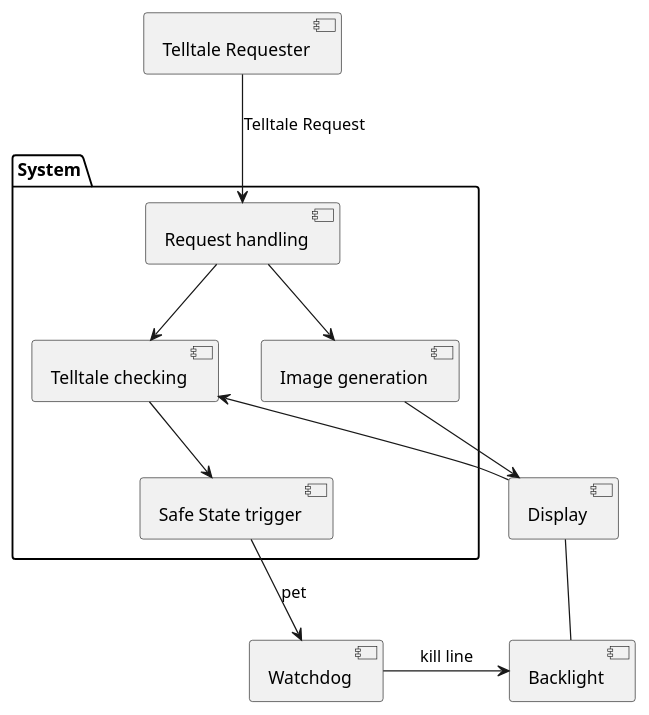
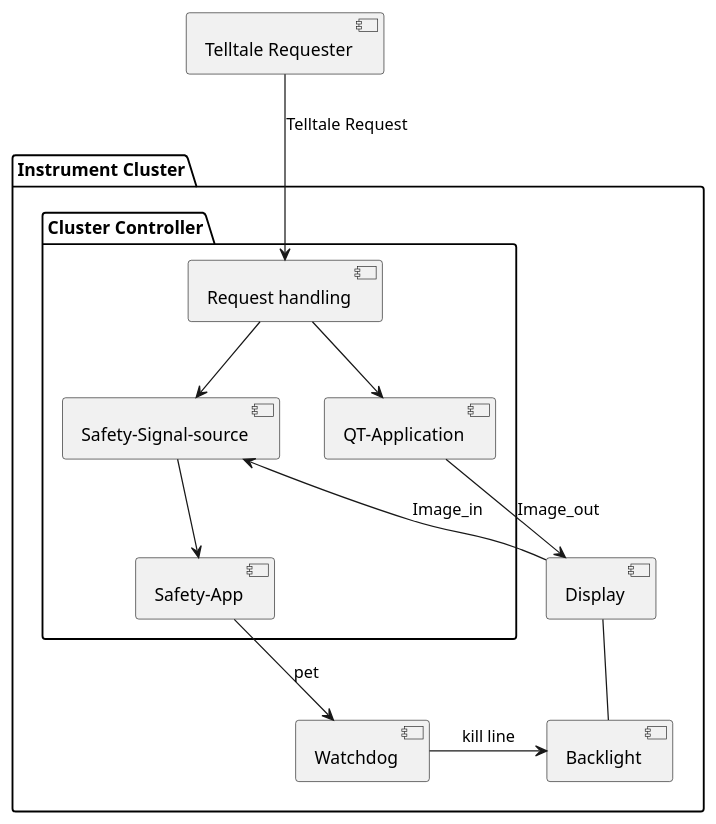
Before and after one commit to elisa-tech/wg-automotive: the diagram in AGL_cluster_demo_use_case/Item Defintion/Block_diagram.puml, drawn with PlantUML. The commit also changed other lines of this file and 4 other files, not shown here.

```diff
--- a/AGL_cluster_demo_use_case/Item Defintion/Block_diagram.puml
+++ b/AGL_cluster_demo_use_case/Item Defintion/Block_diagram.puml
@@ -2,26 +2,28 @@
 @startuml
 [Telltale Requester]
+package "Instrument Cluster" {
 together {
 [Display]
 [Backlight]
 }
 [Watchdog]
-package "System" {
+package "Cluster Controller" {
 [Request handling]
-[Image generation]
-[Telltale checking]
-[Safe State trigger]
+[QT-Application]
+[Safety-Signal-source]
+[Safety-App]
+}
 }
 
 [Telltale Requester] --> [Request handling] : Telltale Request
-[Request handling] --> [Image generation]
-[Request handling] --> [Telltale checking]
+[Request handling] --> [QT-Application]
+[Request handling] --> [Safety-Signal-source]
 
-[Image generation] --> [Display]
-[Telltale checking] --> [Safe State trigger]
-[Display] --> [Telltale checking]
+[QT-Application] --> [Display] : Image_out
+[Safety-Signal-source] --> [Safety-App]
+[Display] --> [Safety-Signal-source] : Image_in
 
-[Safe State trigger] --> [Watchdog] : pet
+[Safety-App] --> [Watchdog] : pet
 [Watchdog] --> [Backlight] : kill line
 [Display] -- [Backlight]
 @enduml
```
